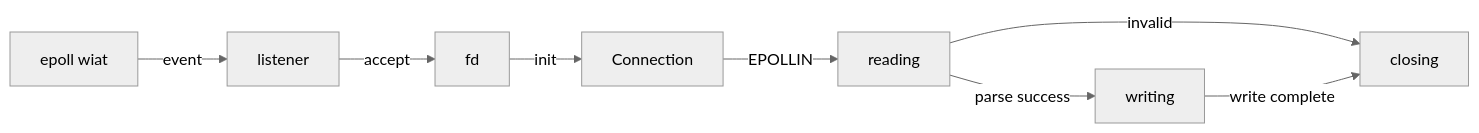
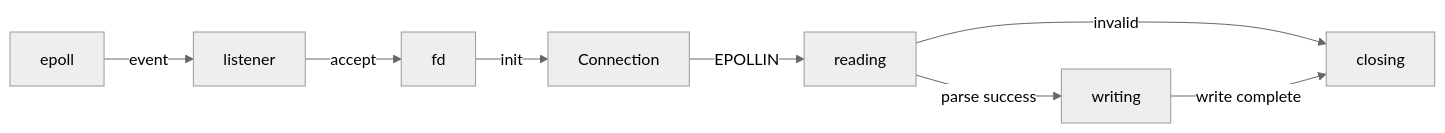
One commit to keix/fragile changed the second of 2 diagrams in README.md. Above: the diagram before and after it, drawn with Mermaid (neutral theme). The commit also changed other lines of this file and 6 other files, not shown here.

````diff
--- a/README.md
+++ b/README.md
@@ -61,12 +70,12 @@
 ```mermaid
 flowchart LR
-    E[epoll wiat] -->|event| L[listener]
+    E[epoll] -->|event| L[listener]
     L -->|accept| FD[fd]
     FD -->|init| C[Connection]
 
     C -->|EPOLLIN| R[reading]
     R -->|parse success| W[writing]
     R -->|invalid| X[closing]
 
     W -->|write complete| X
 ```
````
